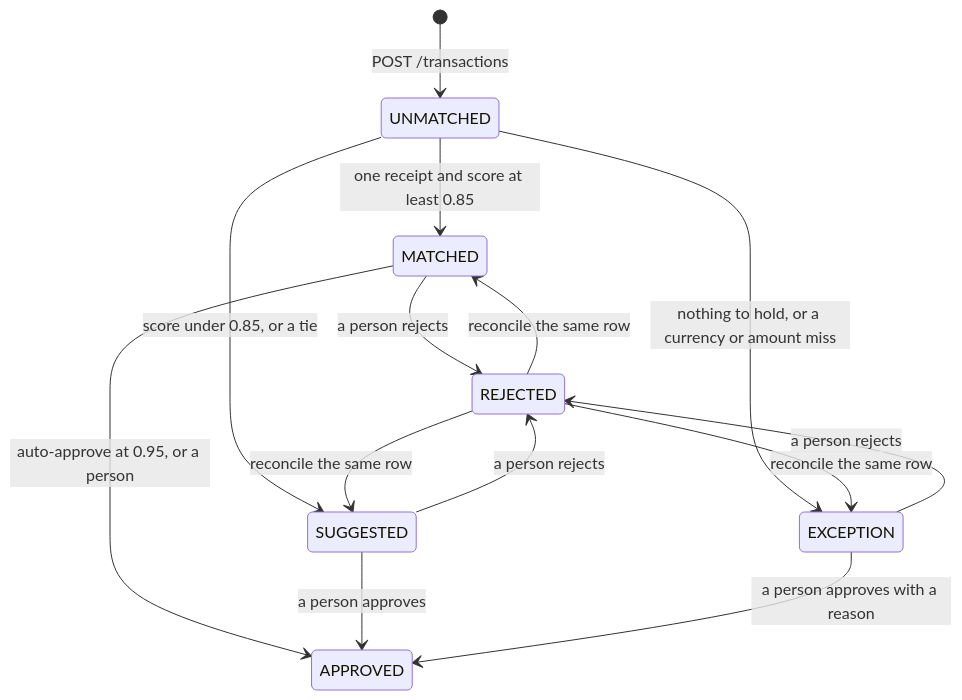
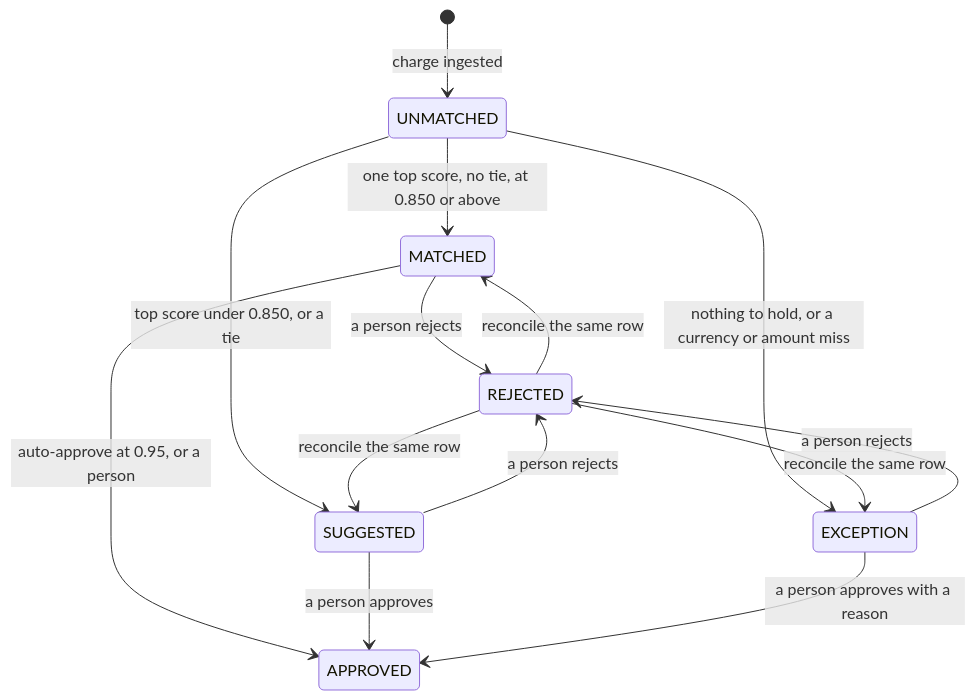
The second of 2 diagrams in README.md (HHok95/spend-recon), drawn with Mermaid before and after one commit. The commit also changed other lines of this file and 2 other files, not shown here.

````diff
--- a/README.md
+++ b/README.md
@@ -140,16 +142,16 @@
 ```mermaid
 stateDiagram-v2
-  [*] --> UNMATCHED: POST /transactions
-  UNMATCHED --> MATCHED: one receipt and score at least 0.85
-  UNMATCHED --> SUGGESTED: score under 0.85, or a tie
+  [*] --> UNMATCHED: charge ingested
+  UNMATCHED --> MATCHED: one top score, no tie, at 0.850 or above
+  UNMATCHED --> SUGGESTED: top score under 0.850, or a tie
   UNMATCHED --> EXCEPTION: nothing to hold, or a currency or amount miss
   MATCHED --> APPROVED: auto-approve at 0.95, or a person
   SUGGESTED --> APPROVED: a person approves
   EXCEPTION --> APPROVED: a person approves with a reason
   MATCHED --> REJECTED: a person rejects
   SUGGESTED --> REJECTED: a person rejects
   EXCEPTION --> REJECTED: a person rejects
   REJECTED --> MATCHED: reconcile the same row
   REJECTED --> SUGGESTED: reconcile the same row
   REJECTED --> EXCEPTION: reconcile the same row
 ```
````
